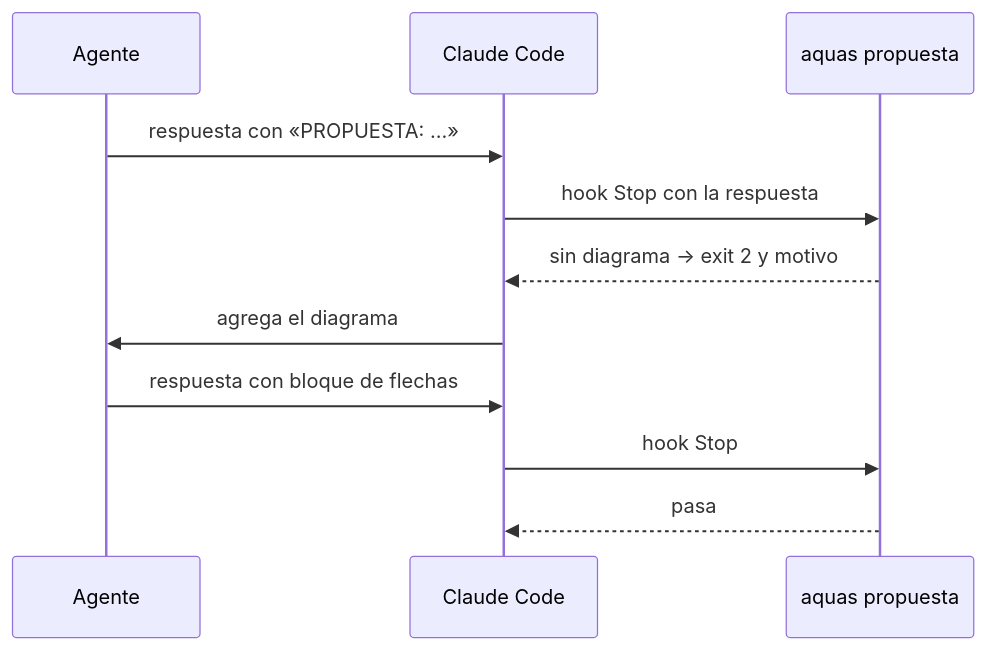
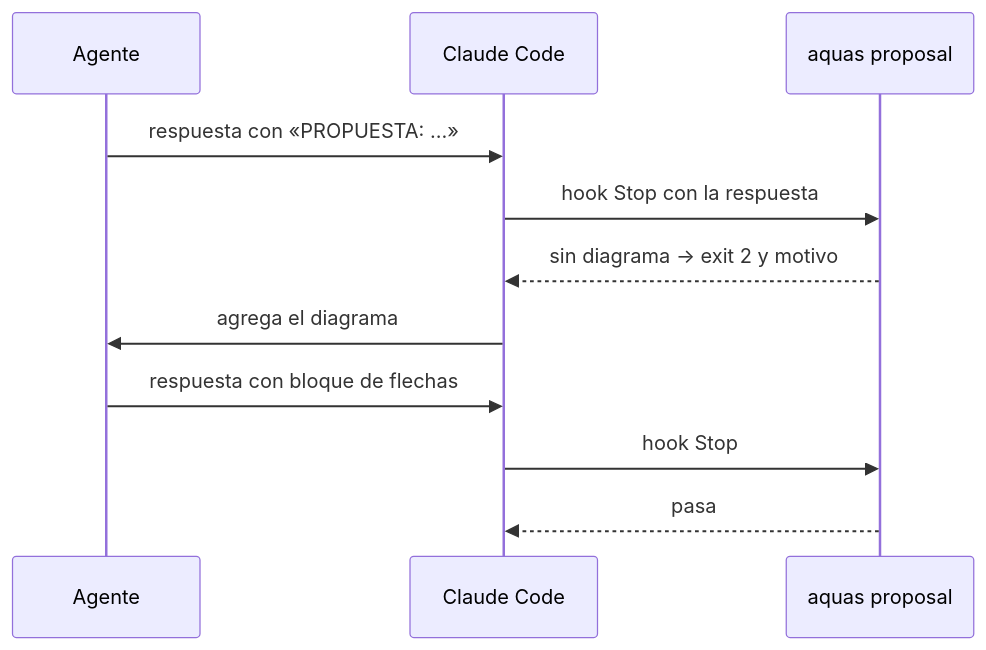
One commit to jliberal-aquas/aquas-central-harness-government changed the diagram in docs/E001/F002/S006.md. Above: the diagram before and after it, drawn with Mermaid. The commit also changed other lines of this file and 184 other files, not shown here.

````diff
--- a/docs/E001/F002/S006.md
+++ b/docs/E001/F002/S006.md
@@ -39,13 +39,13 @@
 ```mermaid
 sequenceDiagram
     participant A as Agente
     participant C as Claude Code
-    participant P as aquas propuesta
+    participant P as aquas proposal
     A->>C: respuesta con «PROPUESTA: …»
     C->>P: hook Stop con la respuesta
     P-->>C: sin diagrama → exit 2 y motivo
     C->>A: agrega el diagrama
     A->>C: respuesta con bloque de flechas
     C->>P: hook Stop
     P-->>C: pasa
 ```
````
